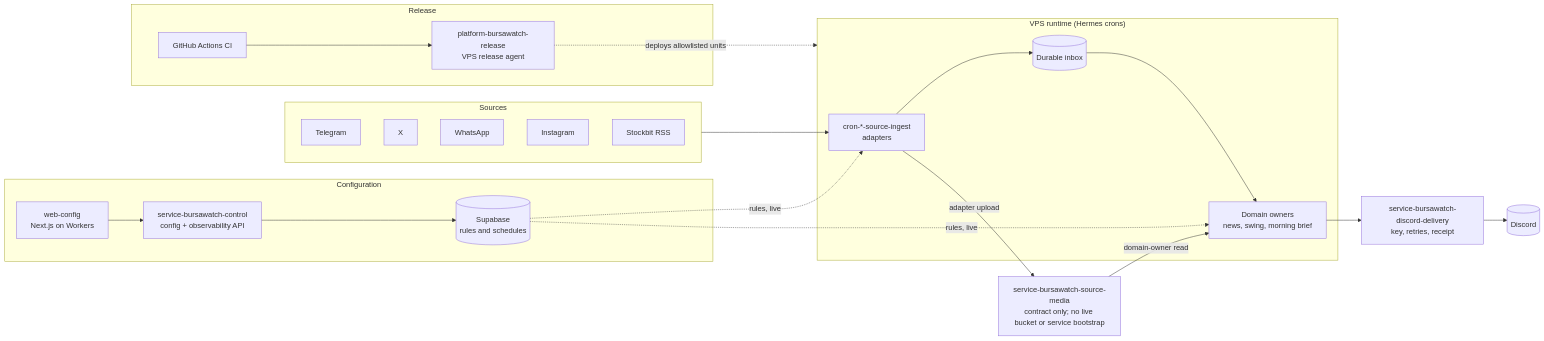
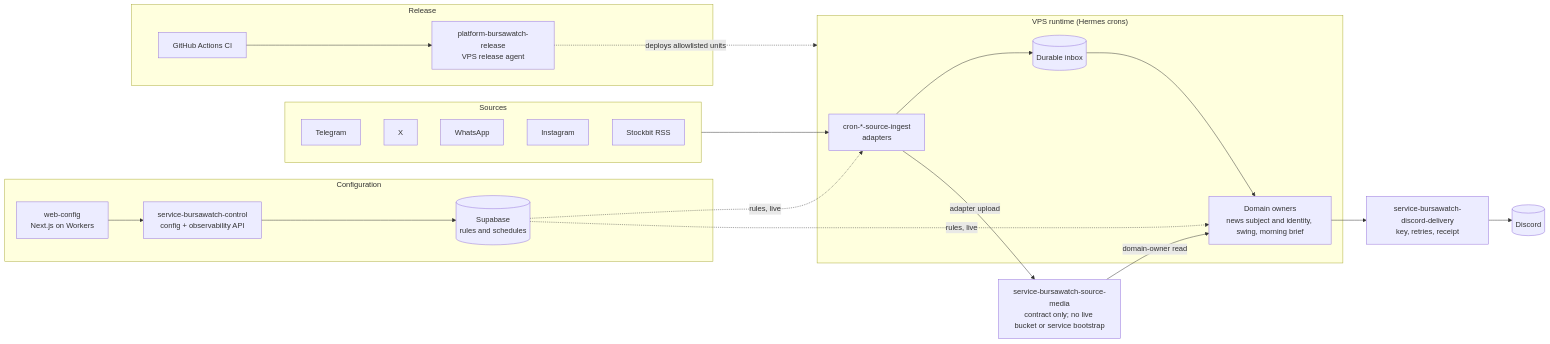
Before and after one commit to absolutepraya/bursawatch-engine: the diagram in README.md, drawn with Mermaid. The commit also changed other lines of this file and 76 other files, not shown here.

First line of the commit message:
fix(news): classify stories by subject before routing (#100)

````diff
--- a/README.md
+++ b/README.md
@@ -80,35 +88,35 @@
 ```mermaid
 flowchart LR
   subgraph Config["Configuration"]
     Web["web-config<br/>Next.js on Workers"] --> API["service-bursawatch-control<br/>config + observability API"]
     API --> DB[("Supabase<br/>rules and schedules")]
   end
 
   subgraph Sources["Sources"]
     TG[Telegram]
     X[X]
     WA[WhatsApp]
     IG[Instagram]
     RSS[Stockbit RSS]
   end
 
   subgraph Runtime["VPS runtime (Hermes crons)"]
     Intake["cron-*-source-ingest<br/>adapters"] --> Inbox[("Durable inbox")]
-    Inbox --> Owners["Domain owners<br/>news, swing, morning brief"]
+    Inbox --> Owners["Domain owners<br/>news subject and identity, swing, morning brief"]
   end
 
   Media["service-bursawatch-source-media<br/>contract only; no live bucket or service bootstrap"]
   Intake -- "adapter upload" --> Media
   Media -- "domain-owner read" --> Owners
 
   Sources --> Intake
   DB -. "rules, live" .-> Intake
   DB -. "rules, live" .-> Owners
   Owners --> Delivery["service-bursawatch-discord-delivery<br/>key, retries, receipt"]
   Delivery --> Discord[(Discord)]
 
   subgraph Release["Release"]
     CI["GitHub Actions CI"] --> Agent["platform-bursawatch-release<br/>VPS release agent"]
   end
   Agent -. "deploys allowlisted units" .-> Runtime
 ```
````
